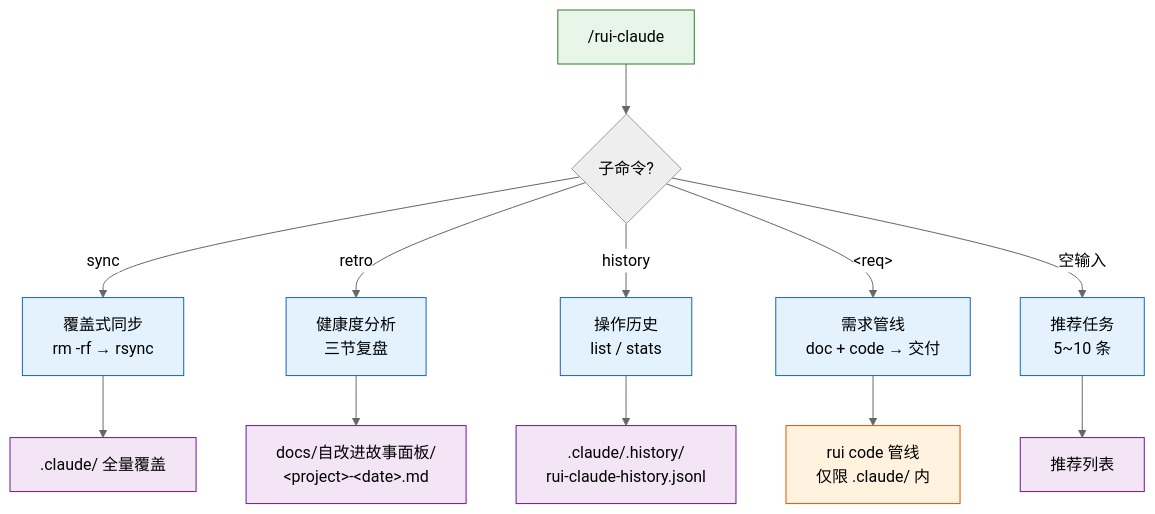
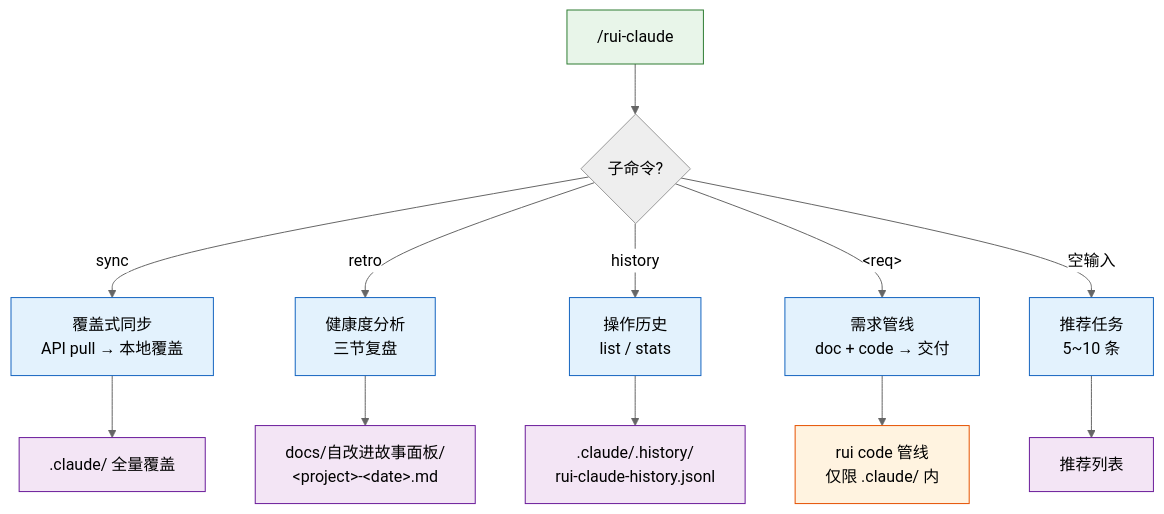
The first of 8 diagrams in skills/rui-claude/SKILL.md (effiy/YrY), drawn with Mermaid (neutral theme) before and after one commit. The commit also changed other lines of this file and 25 other files, not shown here.

````diff
--- a/skills/rui-claude/SKILL.md
+++ b/skills/rui-claude/SKILL.md
@@ -16,21 +16,21 @@
 ```mermaid
 flowchart TB
     ENTRY["/rui-claude"]:::src --> Q1{"子命令?"}
 
-    Q1 -->|"sync"| SYNC["覆盖式同步<br/>rm -rf → rsync"]:::cmd
+    Q1 -->|"sync"| SYNC["覆盖式同步<br/>API pull → 本地覆盖"]:::cmd
     Q1 -->|"retro"| RETRO["健康度分析<br/>三节复盘"]:::cmd
     Q1 -->|"history"| HIST["操作历史<br/>list / stats"]:::cmd
     Q1 -->|"&lt;req&gt;"| REQ["需求管线<br/>doc + code → 交付"]:::cmd
     Q1 -->|"空输入"| LIST["推荐任务<br/>5~10 条"]:::cmd
 
     SYNC --> S_OUT[".claude/ 全量覆盖"]:::out
     RETRO --> R_OUT["docs/自改进故事面板/<br/>&lt;project&gt;-&lt;date&gt;.md"]:::out
     HIST --> H_OUT[".claude/.history/<br/>rui-claude-history.jsonl"]:::out
     REQ --> PIPE["rui code 管线<br/>仅限 .claude/ 内"]:::pipe
     LIST --> L_OUT["推荐列表"]:::out
 
     classDef src fill:#e8f5e9,stroke:#2e7d32;
     classDef cmd fill:#e3f2fd,stroke:#1565c0;
     classDef out fill:#f3e5f5,stroke:#6a1b9a;
     classDef pipe fill:#fff3e0,stroke:#e65100;
 ```
````
